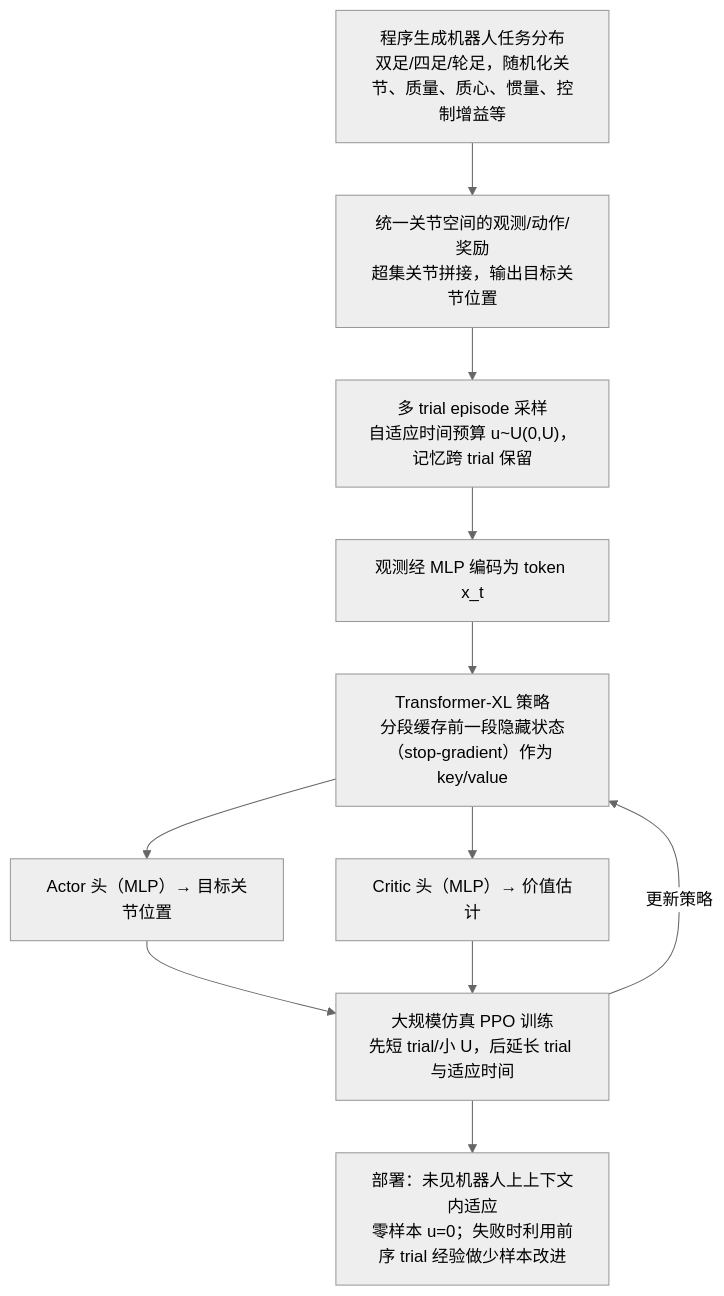
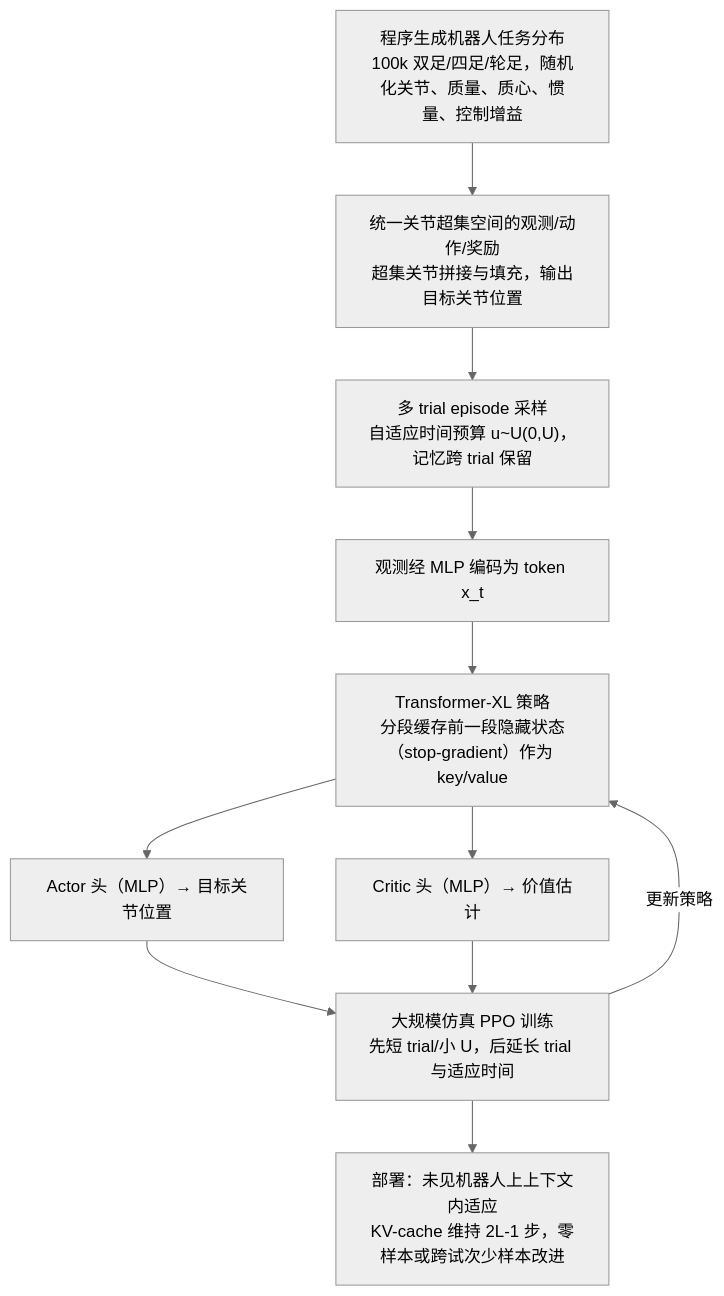
The diagram in wiki/entities/paper-locoformer.md (ImChong/Robotics_Notebooks), drawn with Mermaid (neutral theme) before and after one commit. The commit also changed other lines of this file and 450 other files, not shown here.

Commit message:
[2026-11-22] ingest | sources/ & wiki/ — 补齐 33 家公司路线 165/167 节点一手原文通读、骨架与 Mermaid 图表至 3/3

````diff
--- a/wiki/entities/paper-locoformer.md
+++ b/wiki/entities/paper-locoformer.md
@@ -52,13 +56,13 @@
 ```mermaid
 flowchart TD
-    A["程序生成机器人任务分布<br/>双足/四足/轮足，随机化关节、质量、质心、惯量、控制增益等"] --> B["统一关节空间的观测/动作/奖励<br/>超集关节拼接，输出目标关节位置"]
+    A["程序生成机器人任务分布<br/>100k 双足/四足/轮足，随机化关节、质量、质心、惯量、控制增益"] --> B["统一关节超集空间的观测/动作/奖励<br/>超集关节拼接与填充，输出目标关节位置"]
     B --> C["多 trial episode 采样<br/>自适应时间预算 u~U(0,U)，记忆跨 trial 保留"]
     C --> D["观测经 MLP 编码为 token x_t"]
     D --> E["Transformer-XL 策略<br/>分段缓存前一段隐藏状态（stop-gradient）作为 key/value"]
     E --> F["Actor 头（MLP）→ 目标关节位置"]
     E --> G["Critic 头（MLP）→ 价值估计"]
     F --> H["大规模仿真 PPO 训练<br/>先短 trial/小 U，后延长 trial 与适应时间"]
     G --> H
     H -->|"更新策略"| E
-    H --> I["部署：未见机器人上上下文内适应<br/>零样本 u=0；失败时利用前序 trial 经验做少样本改进"]
+    H --> I["部署：未见机器人上上下文内适应<br/>KV-cache 维持 2L-1 步，零样本或跨试次少样本改进"]
 ```
````
